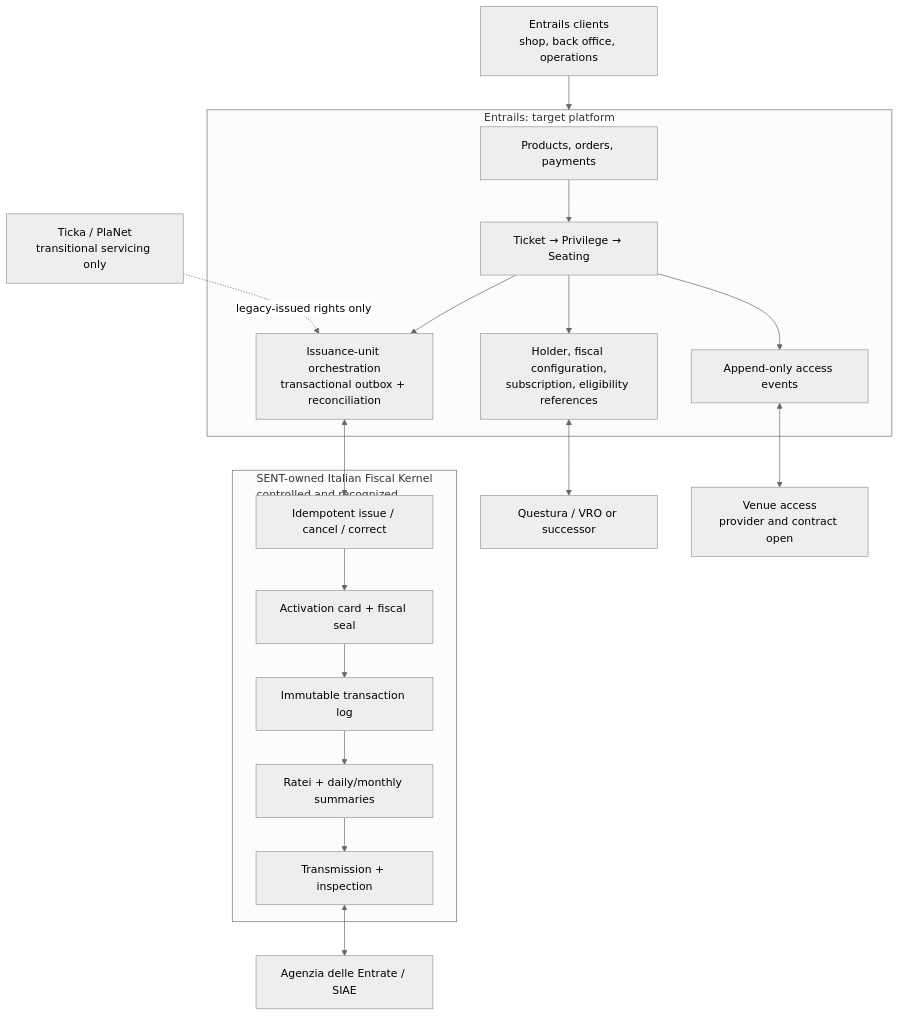
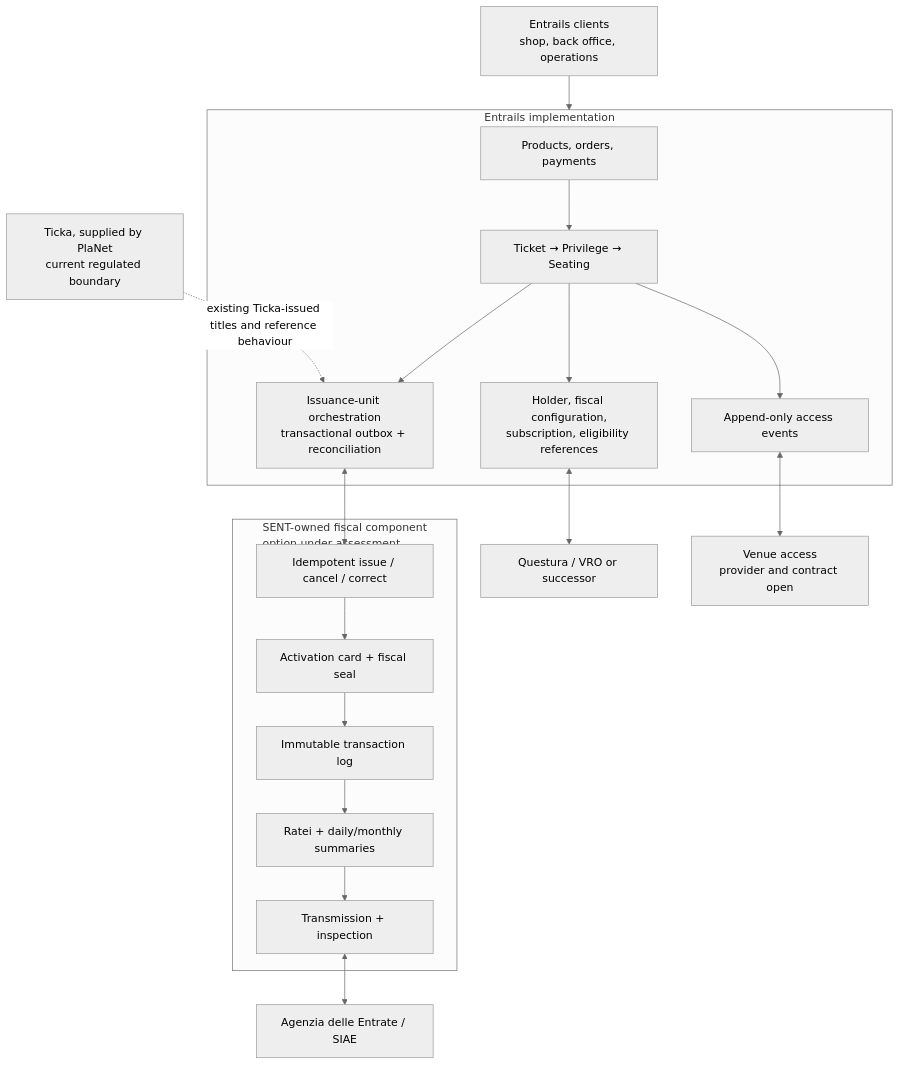
Before and after one commit to SENT-Ticketing/como-entrails-migration-guide: the second of 5 diagrams in research-blueprint.md, drawn with Mermaid (neutral theme). The commit also changed other lines of this file and 2 other files, not shown here.

Commit message:
Clarify Como, Ticka, and Entrails responsibilities (#2)

````diff
--- a/research-blueprint.md
+++ b/research-blueprint.md
@@ -278,37 +288,37 @@
 ```mermaid
 flowchart TB
   clients["Entrails clients\nshop, back office, operations"]
 
-  subgraph entrails["Entrails: target platform"]
+  subgraph entrails["Entrails implementation"]
     commerce["Products, orders, payments"]
     rights["Ticket → Privilege → Seating"]
     italy["Holder, fiscal configuration,\nsubscription, eligibility references"]
     orchestration["Issuance-unit orchestration\ntransactional outbox + reconciliation"]
     access["Append-only access events"]
     commerce --> rights
     rights --> italy
     rights --> orchestration
     rights --> access
   end
 
-  subgraph fiscal["SENT-owned Italian Fiscal Kernel\ncontrolled and recognized"]
+  subgraph fiscal["SENT-owned fiscal component\noption under assessment"]
     commands["Idempotent issue / cancel / correct"]
     card["Activation card + fiscal seal"]
     log["Immutable transaction log"]
     summaries["Ratei + daily/monthly summaries"]
     inspection["Transmission + inspection"]
     commands --> card --> log --> summaries --> inspection
   end
 
   authorities["Agenzia delle Entrate / SIAE"]
   safety["Questura / VRO or successor"]
   gates["Venue access\nprovider and contract open"]
-  legacy["Ticka / PlaNet\ntransitional servicing only"]
+  current["Ticka, supplied by PlaNet\ncurrent regulated boundary"]
 
   clients --> entrails
   orchestration <--> commands
   inspection <--> authorities
   italy <--> safety
   access <--> gates
-  legacy -. "legacy-issued rights only" .-> orchestration
+  current -. "existing Ticka-issued titles and reference behaviour" .-> orchestration
 ```
````
